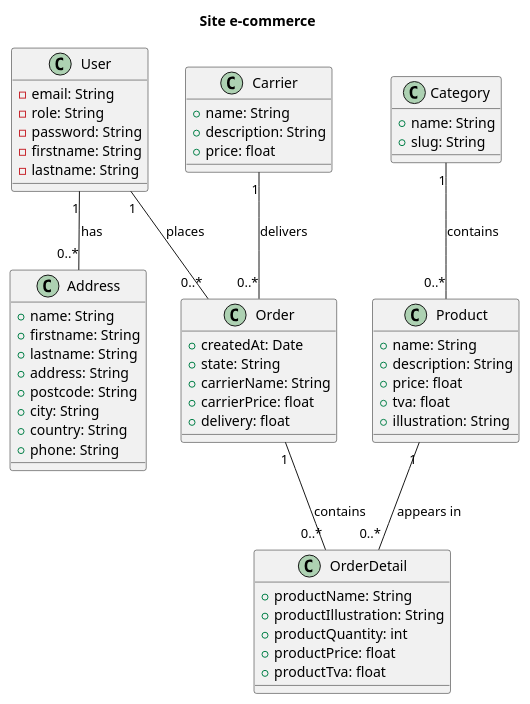
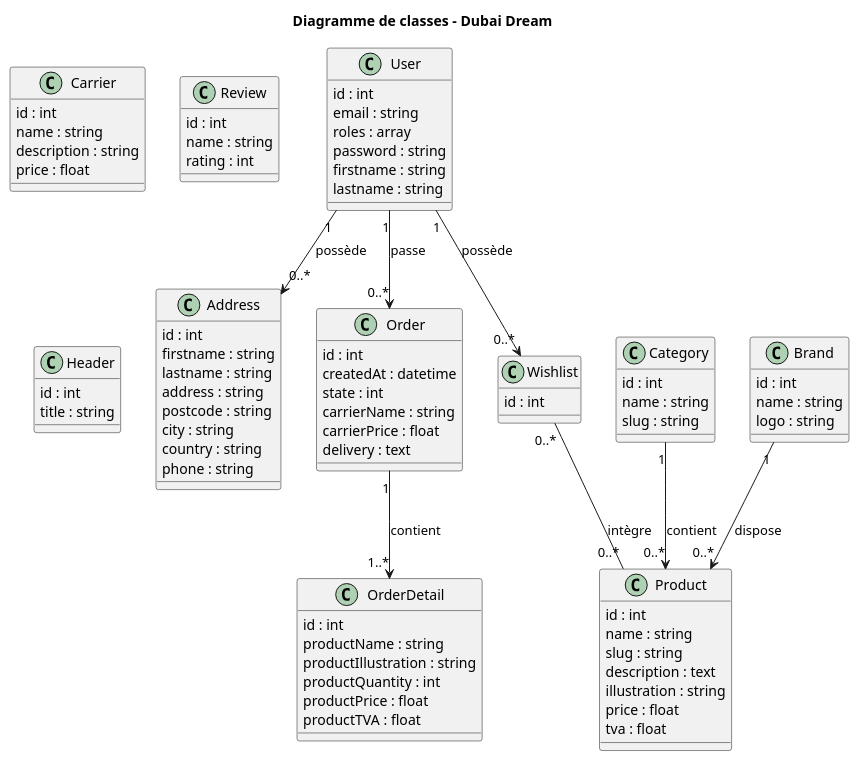
Before and after one commit to Nono0591/dubaiDream: the diagram in conception/UML/diagramme_de_classe.puml, drawn with PlantUML. The commit also changed 1 other file, not shown here.

Commit message:
correction du diagramme des classes

```diff
--- a/conception/UML/diagramme_de_classe.puml
+++ b/conception/UML/diagramme_de_classe.puml
@@ -1,66 +1,97 @@
 @startuml
-
-title Site e-commerce
+title Diagramme de classes - Dubai Dream
 
 class User {
-    - email: String
-    - role: String
-    - password: String
-    - firstname: String
-    - lastname: String
+  id : int
+  email : string
+  roles : array
+  password : string
+  firstname : string
+  lastname : string
+}
+
+class Address {
+  id : int
+  firstname : string
+  lastname : string
+  address : string
+  postcode : string
+  city : string
+  country : string
+  phone : string
 }
 
 class Product {
-    + name: String
-    + description: String
-    + price: float
-    + tva: float
-    + illustration: String
+  id : int
+  name : string
+  slug : string
+  description : text
+  illustration : string
+  price : float
+  tva : float
+}
+
+class Category {
+  id : int
+  name : string
+  slug : string
+}
+
+class Brand {
+  id : int
+  name : string
+  logo : string
+}
+
+class Carrier {
+  id : int
+  name : string
+  description : string
+  price : float
 }
 
 class Order {
-    + createdAt: Date
-    + state: String
-    + carrierName: String
-    + carrierPrice: float
-    + delivery: float
+  id : int
+  createdAt : datetime
+  state : int
+  carrierName : string
+  carrierPrice : float
+  delivery : text
 }
 
 class OrderDetail {
-    + productName: String
-    + productIllustration: String
-    + productQuantity: int
-    + productPrice: float
-    + productTva: float
+  id : int
+  productName : string
+  productIllustration : string
+  productQuantity : int
+  productPrice : float
+  productTVA : float
 }
 
-class Carrier {
-    + name: String
-    + description: String
-    + price: float
+class Wishlist {
+  id : int
 }
 
-class Category {
-    + name: String
-    + slug: String
+class Review {
+  id : int
+  name : string
+  rating : int
 }
 
-class Address {
-    + name: String
-    + firstname: String
-    + lastname: String
-    + address: String
-    + postcode: String
-    + city: String
-    + country: String
-    + phone: String
+class Header {
+  id : int
+  title : string
 }
 
-User "1" -- "0..*" Order : places
-Order "1" -- "0..*" OrderDetail : contains
-User "1" -- "0..*" Address : has
-Carrier "1" -- "0..*" Order : delivers
-Category "1" -- "0..*" Product : contains
-Product "1" -- "0..*" OrderDetail : appears in
+User "1" --> "0..*" Address : possède
+User "1" --> "0..*" Order : passe
+User "1" --> "0..*" Wishlist : possède
+
+Order "1" --> "1..*" OrderDetail : contient
+
+Category "1" --> "0..*" Product : contient
+Brand "1" --> "0..*" Product : dispose
+
+Wishlist "0..*" -- "0..*" Product : intègre
 
 @enduml
```
